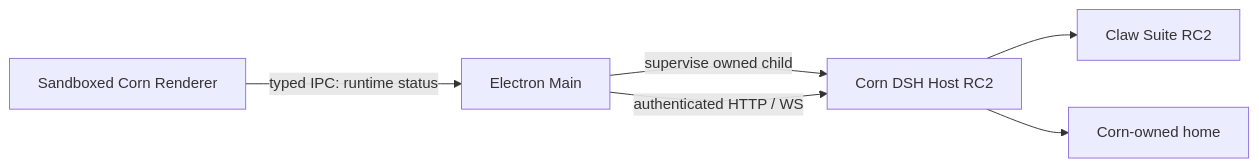
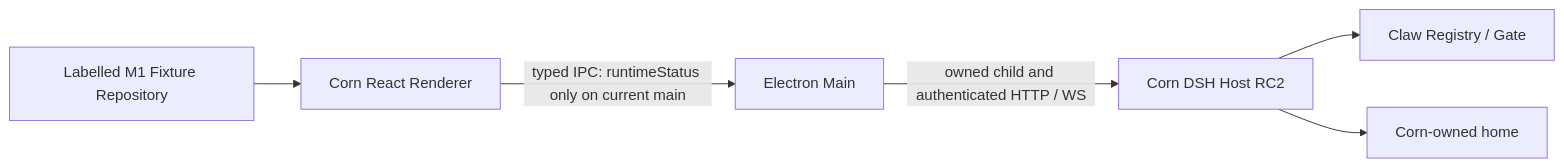
Before and after one commit to xingyingyuzhui/corn-bot: the diagram in docs/architecture.md, drawn with Mermaid. The commit also changed other lines of this file and 15 other files, not shown here.

Commit message:
docs: consolidate roadmap, decisions and post-merge review

````diff
--- a/docs/architecture.md
+++ b/docs/architecture.md
@@ -5,8 +7,8 @@
 ```mermaid
 flowchart LR
-  Renderer[Sandboxed Corn Renderer] -->|typed IPC: runtime status| Main[Electron Main]
-  Main -->|supervise owned child| Host[Corn DSH Host RC2]
-  Main -->|authenticated HTTP / WS| Host
-  Host --> Claw[Claw Suite RC2]
+  Fixture[Labelled M1 Fixture Repository] --> Renderer[Corn React Renderer]
+  Renderer -->|typed IPC: runtimeStatus only on current main| Main[Electron Main]
+  Main -->|owned child and authenticated HTTP / WS| Host[Corn DSH Host RC2]
+  Host --> Claw[Claw Registry / Gate]
   Host --> Home[Corn-owned home]
 ```
````
